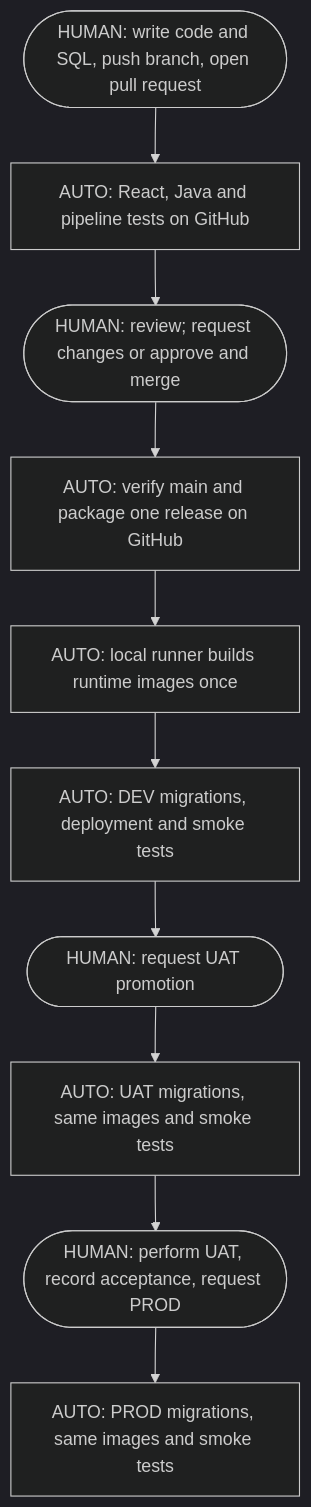
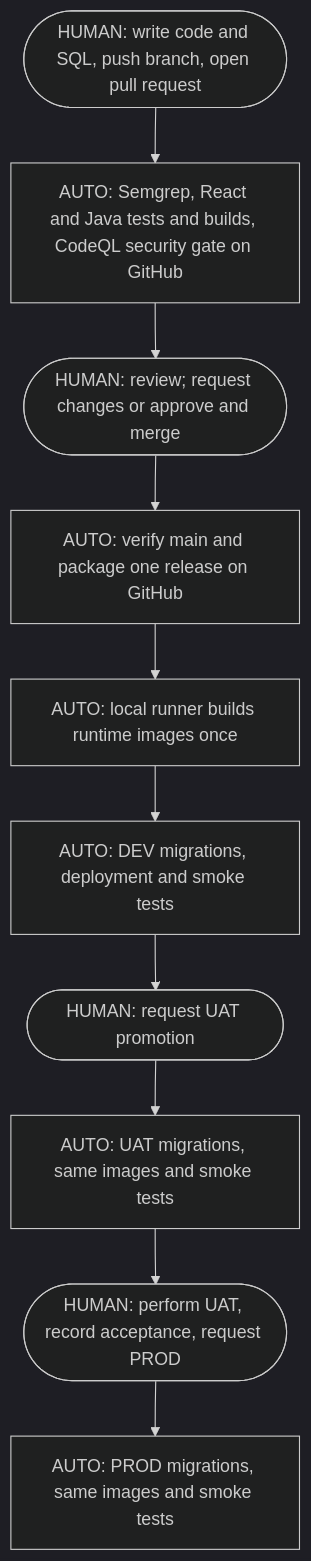
One commit to swbergmann/fintech-app changed the diagram in README.md. Above: the diagram before and after it, drawn with Mermaid (dark theme). The commit also changed other lines of this file and 5 other files, not shown here.

````diff
--- a/README.md
+++ b/README.md
@@ -27,12 +27,12 @@
 ```mermaid
 flowchart TD
-  A([HUMAN: write code and SQL, push branch, open pull request]) --> B[AUTO: React, Java and pipeline tests on GitHub]
+  A([HUMAN: write code and SQL, push branch, open pull request]) --> B[AUTO: Semgrep, React and Java tests and builds, CodeQL security gate on GitHub]
   B --> C([HUMAN: review; request changes or approve and merge])
   C --> D[AUTO: verify main and package one release on GitHub]
   D --> E[AUTO: local runner builds runtime images once]
   E --> F[AUTO: DEV migrations, deployment and smoke tests]
   F --> G([HUMAN: request UAT promotion])
   G --> H[AUTO: UAT migrations, same images and smoke tests]
   H --> I([HUMAN: perform UAT, record acceptance, request PROD])
   I --> J[AUTO: PROD migrations, same images and smoke tests]
 ```
````
